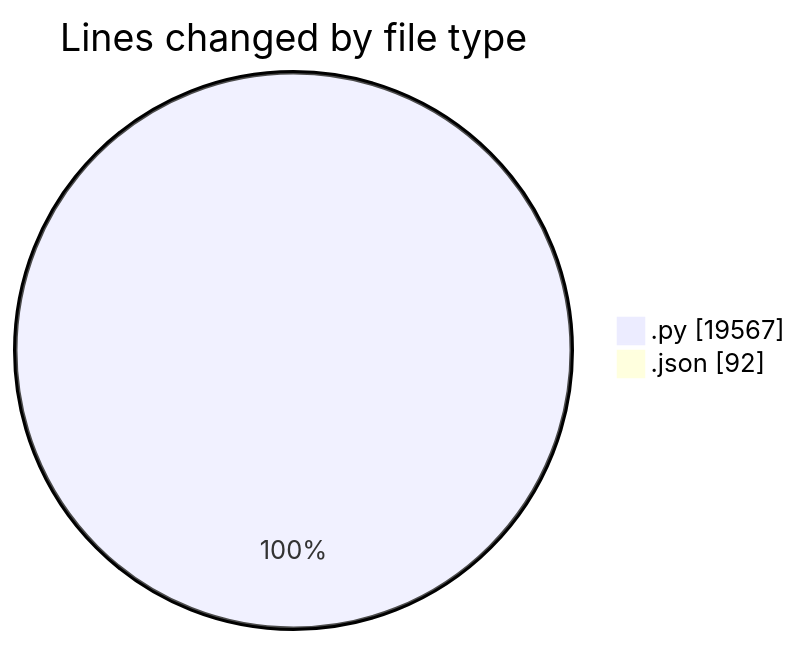
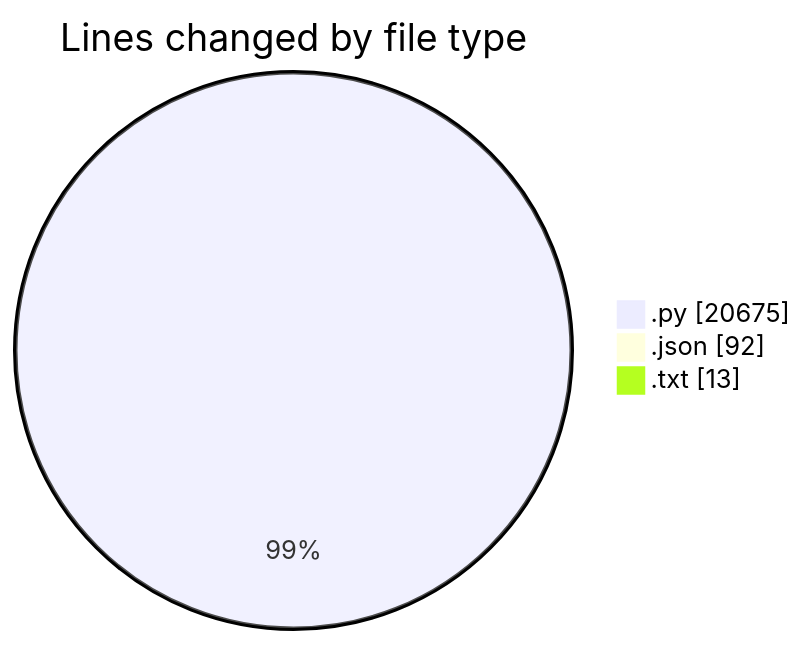
The first of 2 diagrams in 2025-07-13/telebot/README.md (jrari/code-tracking), drawn with Mermaid before and after one commit. The commit also changed other lines of this file and 1 other file, not shown here.

````diff
--- a/2025-07-13/telebot/README.md
+++ b/2025-07-13/telebot/README.md
@@ -50,6 +54,7 @@
 ```mermaid
 pie showData
 title Lines changed by file type
-".py" : 19567
+".py" : 20675
 ".json" : 92
+".txt" : 13
 ```
````
